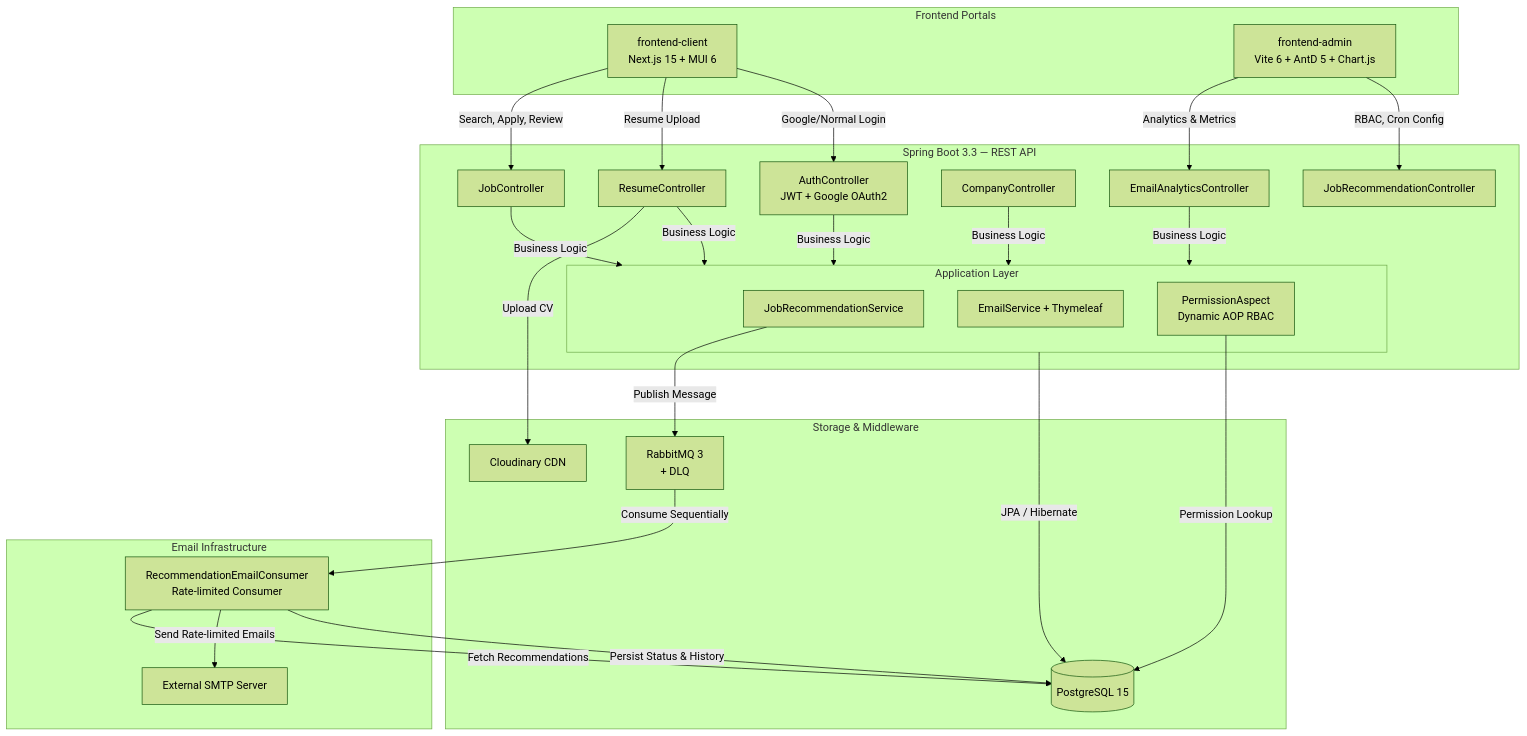
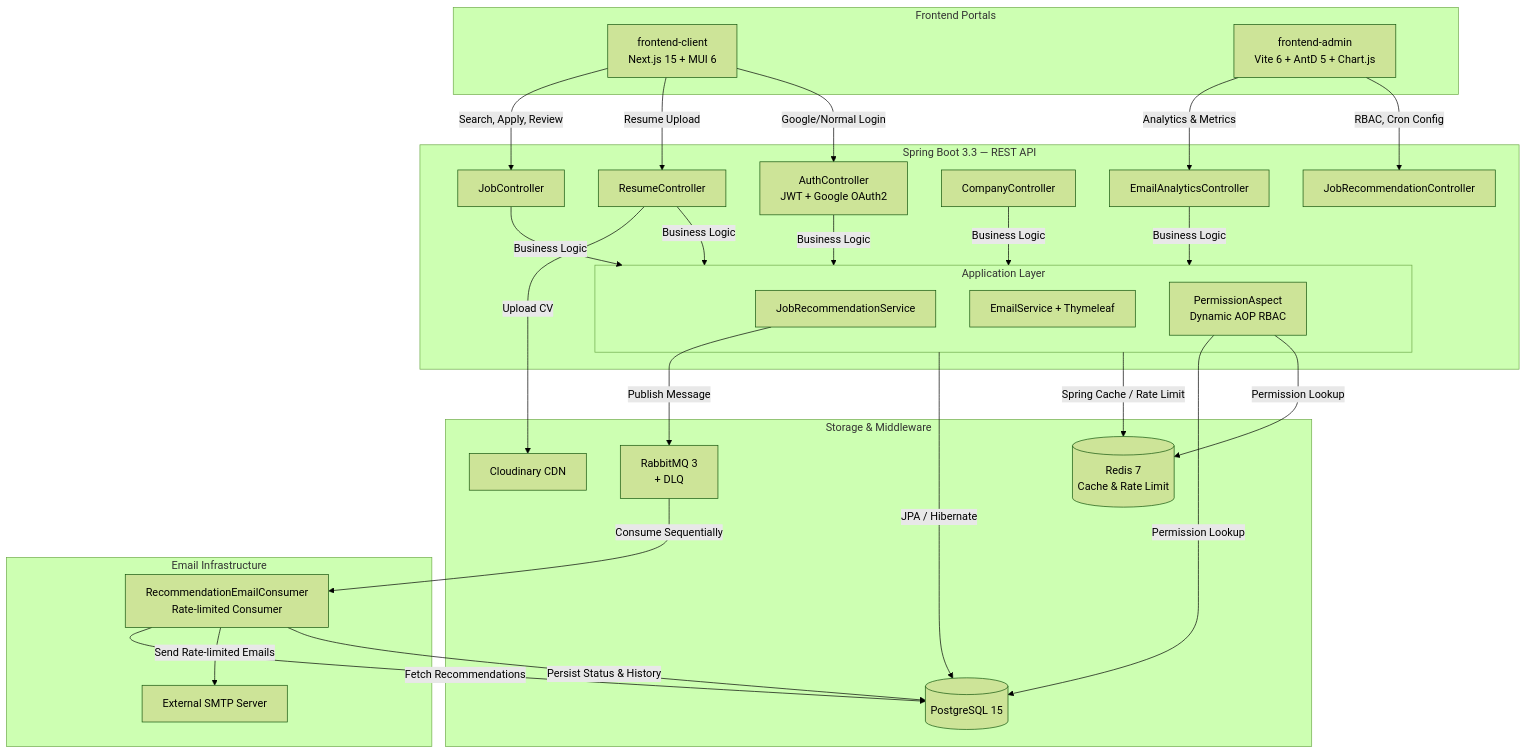
The first of 3 diagrams in README.md (PhanTruongAn/ITJob), drawn with Mermaid (forest theme) before and after one commit. The commit also changed other lines of this file and 1 other file, not shown here.

````diff
--- a/README.md
+++ b/README.md
@@ -74,57 +79,59 @@
 ```mermaid
 graph TD
     %% Frontend Clients
     subgraph Clients ["Frontend Portals"]
         FC["frontend-client<br/>Next.js 15 + MUI 6"]
         FA["frontend-admin<br/>Vite 6 + AntD 5 + Chart.js"]
     end
 
     %% Backend Server Application
     subgraph Backend ["Spring Boot 3.3 — REST API"]
         AC["AuthController<br/>JWT + Google OAuth2"]
         JRC["JobRecommendationController"]
         JC["JobController"]
         CC["CompanyController"]
         RC["ResumeController"]
         EAC["EmailAnalyticsController"]
 
         subgraph Services ["Application Layer"]
             JRS["JobRecommendationService"]
             ES["EmailService + Thymeleaf"]
             AOP["PermissionAspect<br/>Dynamic AOP RBAC"]
         end
     end
 
     %% Storage & Messaging
     subgraph StorageQueue ["Storage & Middleware"]
         DB[("PostgreSQL 15")]
+        RDS[("Redis 7<br/>Cache & Rate Limit")]
         RMQ["RabbitMQ 3<br/>+ DLQ"]
         CLD["Cloudinary CDN"]
     end
 
     %% External Infrastructure
     subgraph Infrastructure ["Email Infrastructure"]
         REC["RecommendationEmailConsumer<br/>Rate-limited Consumer"]
         SMTP["External SMTP Server"]
     end
 
     %% Clients to Controllers
     FC -->|"Search, Apply, Review"| JC
     FC -->|"Resume Upload"| RC
     FC -->|"Google/Normal Login"| AC
     FA -->|"Analytics & Metrics"| EAC
     FA -->|"RBAC, Cron Config"| JRC
 
     %% Controllers to Services & DB
     AC & JC & CC & RC & EAC -->|"Business Logic"| Services
     Services -->|"JPA / Hibernate"| DB
+    Services -->|"Spring Cache / Rate Limit"| RDS
     RC -->|"Upload CV"| CLD
-    AOP -->|"Permission Lookup"| DB
+    AOP -->|"Permission Lookup"| DB & RDS
 
     %% Queue flow
     JRS -->|"Publish Message"| RMQ
     RMQ -->|"Consume Sequentially"| REC
     REC -->|"Fetch Recommendations"| DB
     REC -->|"Send Rate-limited Emails"| SMTP
     REC -->|"Persist Status & History"| DB
 ```
````
